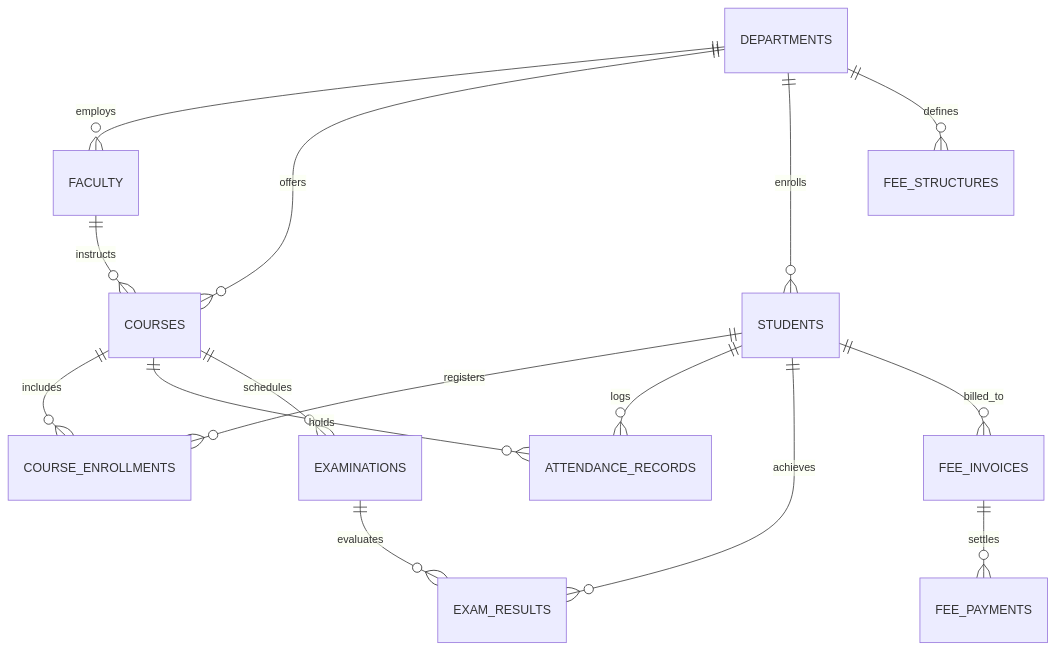
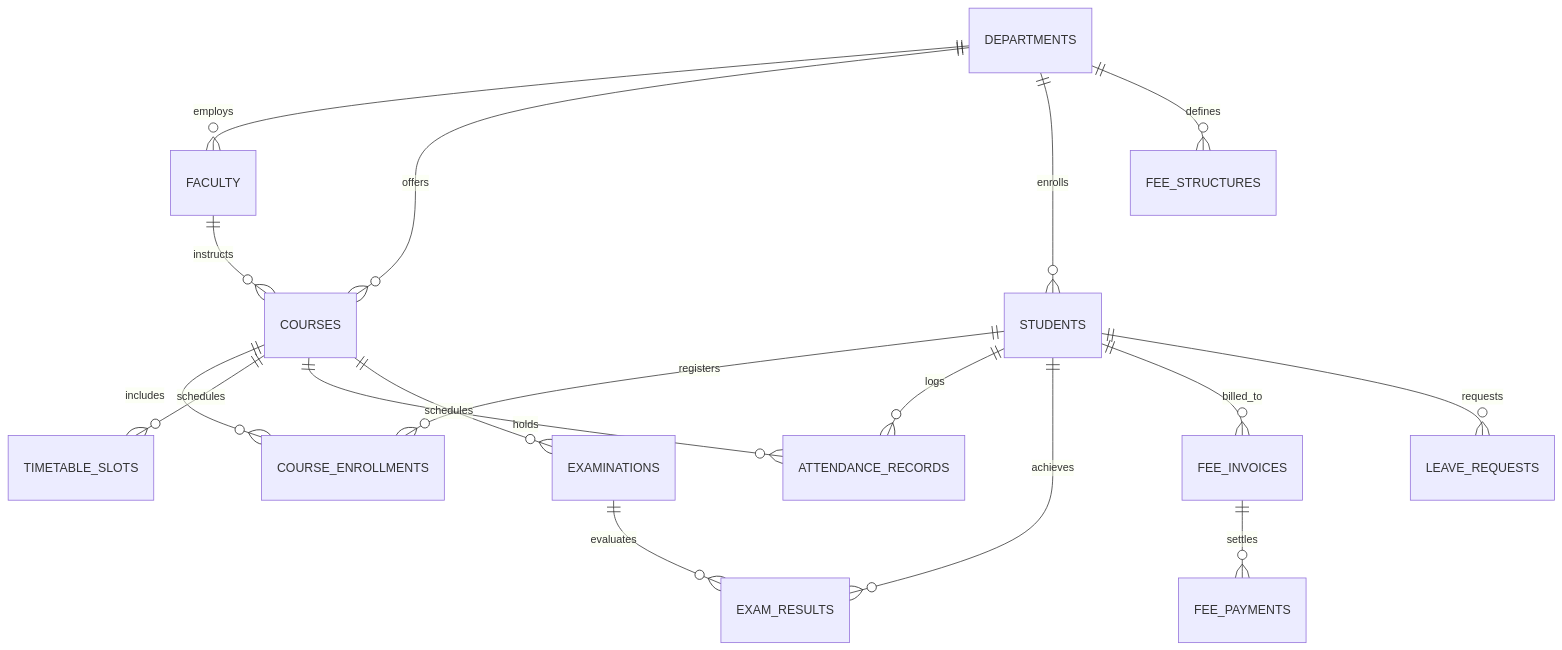
Before and after one commit to AadityaBhuree/Institute-Management-System: the diagram in README.md, drawn with Mermaid. The commit also changed other lines of this file and 1 other file, not shown here.

Commit message:
docs(specs): update architectural specifications, complete REST API reference, and expanded seeder

````diff
--- a/README.md
+++ b/README.md
@@ -28,17 +32,19 @@
 ```mermaid
 erDiagram
     DEPARTMENTS ||--o{ FACULTY : employs
     DEPARTMENTS ||--o{ COURSES : offers
     DEPARTMENTS ||--o{ STUDENTS : enrolls
     DEPARTMENTS ||--o{ FEE_STRUCTURES : defines
     FACULTY ||--o{ COURSES : instructs
     STUDENTS ||--o{ COURSE_ENROLLMENTS : registers
     COURSES ||--o{ COURSE_ENROLLMENTS : includes
+    COURSES ||--o{ TIMETABLE_SLOTS : schedules
     STUDENTS ||--o{ ATTENDANCE_RECORDS : logs
     COURSES ||--o{ ATTENDANCE_RECORDS : holds
     COURSES ||--o{ EXAMINATIONS : schedules
     EXAMINATIONS ||--o{ EXAM_RESULTS : evaluates
     STUDENTS ||--o{ EXAM_RESULTS : achieves
     STUDENTS ||--o{ FEE_INVOICES : billed_to
     FEE_INVOICES ||--o{ FEE_PAYMENTS : settles
+    STUDENTS ||--o{ LEAVE_REQUESTS : requests
 ```
````
